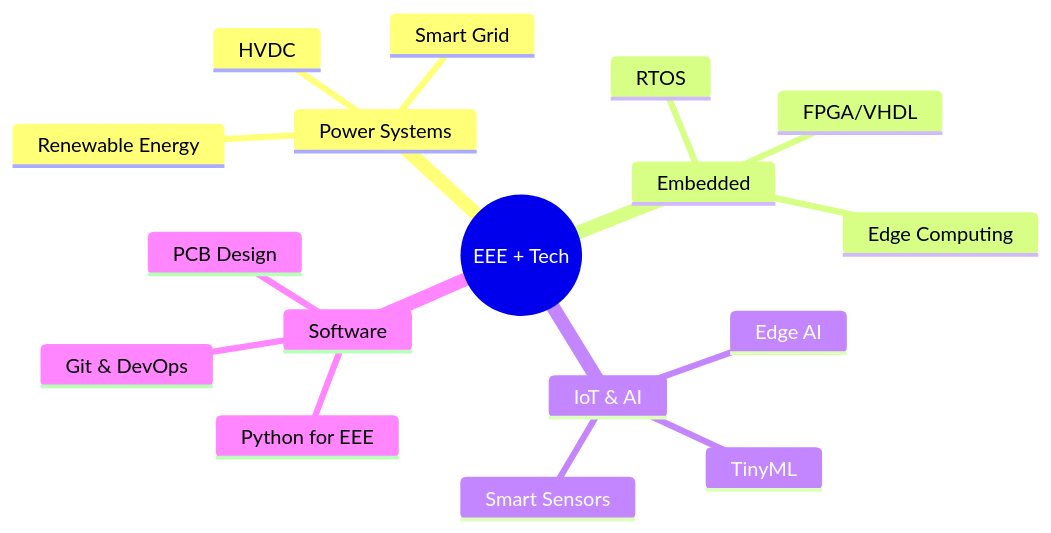
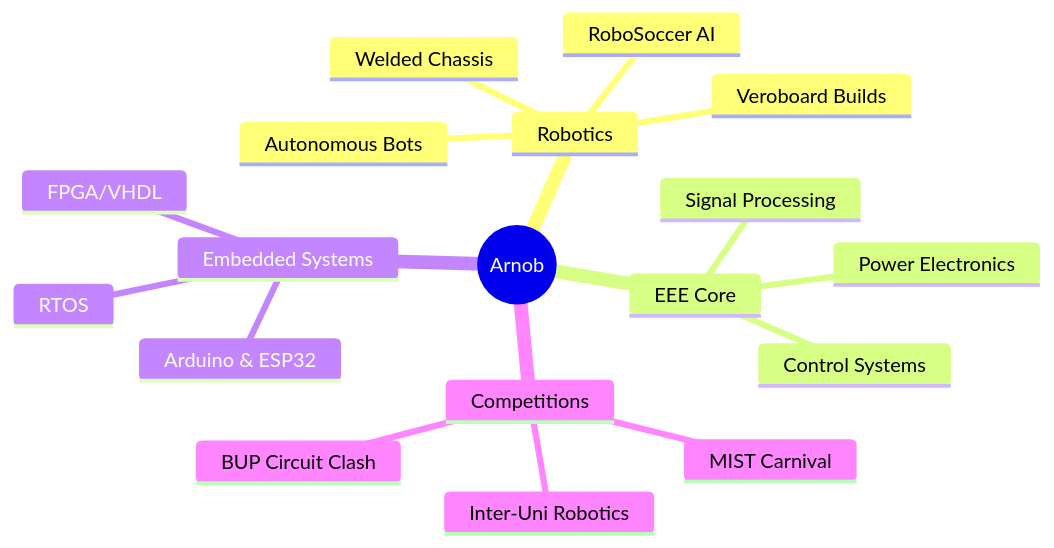
Before and after one commit to arnob-21/arnob-21: the diagram in README.md, drawn with Mermaid. The commit also changed other lines of this file, not shown here.

````diff
--- a/README.md
+++ b/README.md
@@ -145,20 +205,21 @@
 ```mermaid
 mindmap
-  root((EEE + Tech))
-    Power Systems
-      Renewable Energy
-      Smart Grid
-      HVDC
-    Embedded
+  root((Arnob))
+    Robotics
+      Autonomous Bots
+      RoboSoccer AI
+      Welded Chassis
+      Veroboard Builds
+    EEE Core
+      Power Electronics
+      Control Systems
+      Signal Processing
+    Embedded Systems
+      Arduino & ESP32
       RTOS
       FPGA/VHDL
-      Edge Computing
-    IoT & AI
-      TinyML
-      Edge AI
-      Smart Sensors
-    Software
-      Python for EEE
-      Git & DevOps
-      PCB Design
+    Competitions
+      MIST Carnival
+      BUP Circuit Clash
+      Inter-Uni Robotics
 ```
````
